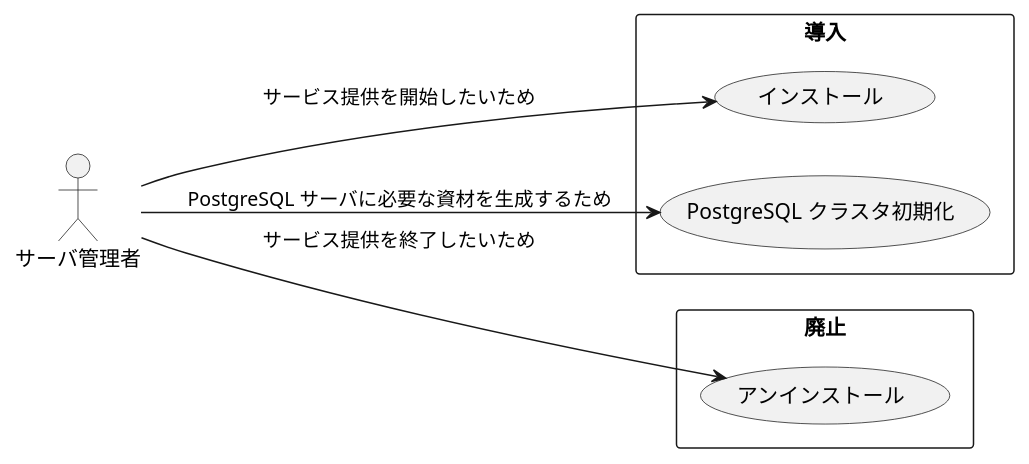
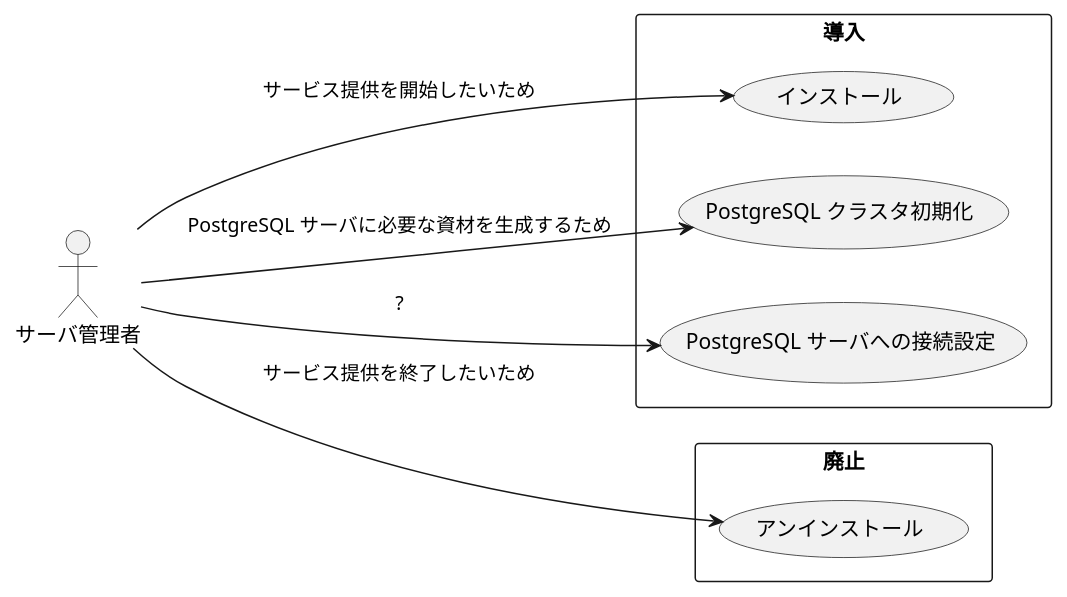
Before and after one commit to peregrin8alde/learn-ossdb-gold: the diagram in site/content/ja/docs/Appendix/uml/usecase/install/usecases.puml, drawn with PlantUML.

```diff
--- a/site/content/ja/docs/Appendix/uml/usecase/install/usecases.puml
+++ b/site/content/ja/docs/Appendix/uml/usecase/install/usecases.puml
@@ -1,29 +1,32 @@
 @startuml
 left to right direction
 
 /'
 actor "誰が" as who
 
 rectangle "いつ" {
   usecase "何をしたい" as UC1
 }
 who --> (UC1) : 何故
 '/
 
 actor "サーバ管理者" as admin
 
 rectangle "導入" {
   usecase "インストール" as UC_inst1
   usecase "PostgreSQL クラスタ初期化" as UC_inst2
+  usecase "PostgreSQL サーバへの接続設定" as UC_inst3
+
 }
 admin --> (UC_inst1) : サービス提供を開始したいため
 admin --> (UC_inst2) : PostgreSQL サーバに必要な資材を生成するため
+admin --> (UC_inst3) : ?
 
 rectangle "廃止" {
   usecase "アンインストール" as UC2
 }
 admin --> (UC2) : サービス提供を終了したいため
 
 
 
 @enduml
```
